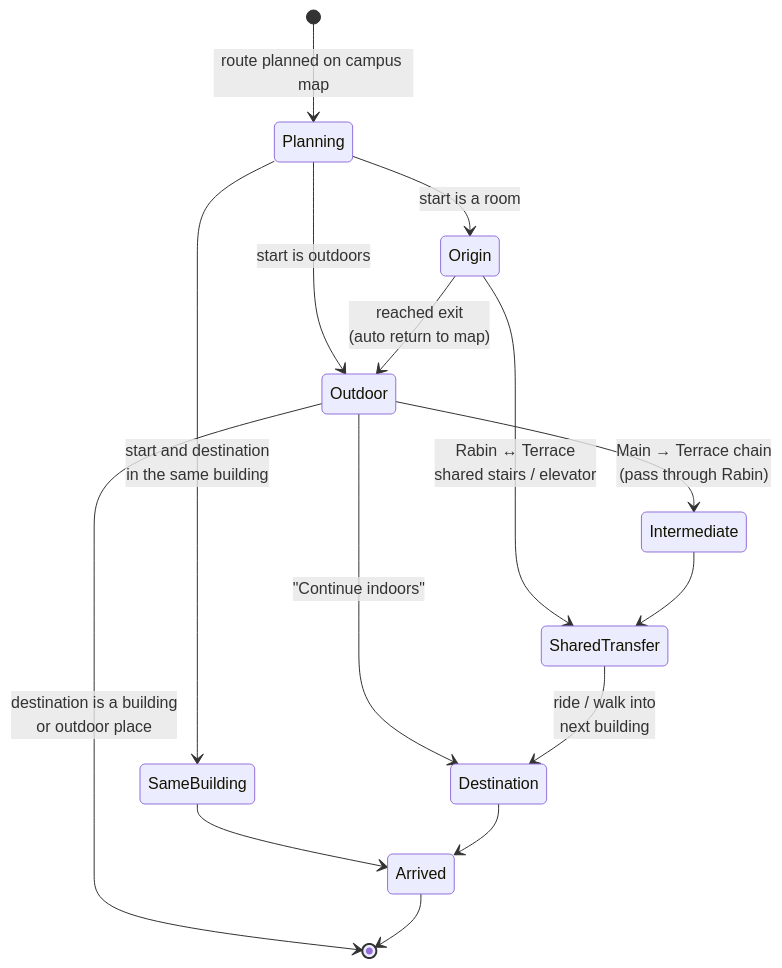
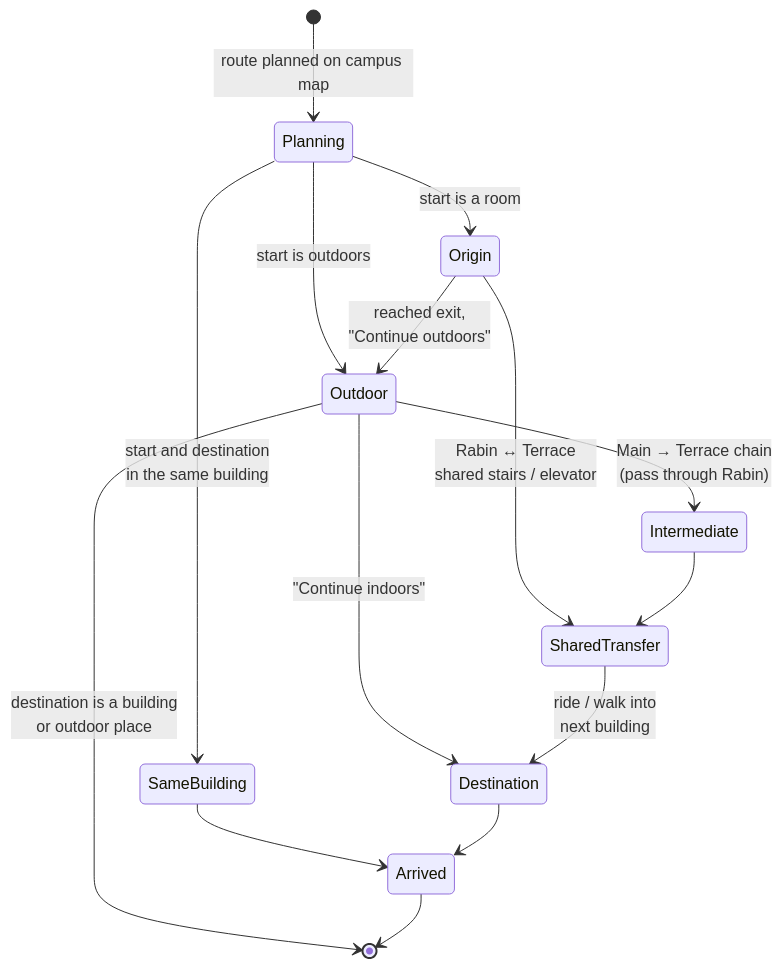
The third of 5 diagrams in docs/06-user-flows.md (hadeel-hamodi/CampusWay), drawn with Mermaid before and after one commit. The commit also changed other lines of this file and 79 other files, not shown here.

````diff
--- a/docs/06-user-flows.md
+++ b/docs/06-user-flows.md
@@ -76,22 +76,22 @@
 ```mermaid
 stateDiagram-v2
     [*] --> Planning: route planned on campus map
 
     Planning --> SameBuilding: start and destination<br/>in the same building
     Planning --> Origin: start is a room
     Planning --> Outdoor: start is outdoors
 
-    Origin --> Outdoor: reached exit<br/>(auto return to map)
+    Origin --> Outdoor: reached exit,<br/>"Continue outdoors"
     Origin --> SharedTransfer: Rabin ↔ Terrace<br/>shared stairs / elevator
 
     Outdoor --> Intermediate: Main → Terrace chain<br/>(pass through Rabin)
     Outdoor --> Destination: "Continue indoors"
     Outdoor --> [*]: destination is a building<br/>or outdoor place
 
     Intermediate --> SharedTransfer
     SharedTransfer --> Destination: ride / walk into<br/>next building
 
     SameBuilding --> Arrived
     Destination --> Arrived
     Arrived --> [*]
 ```
````
